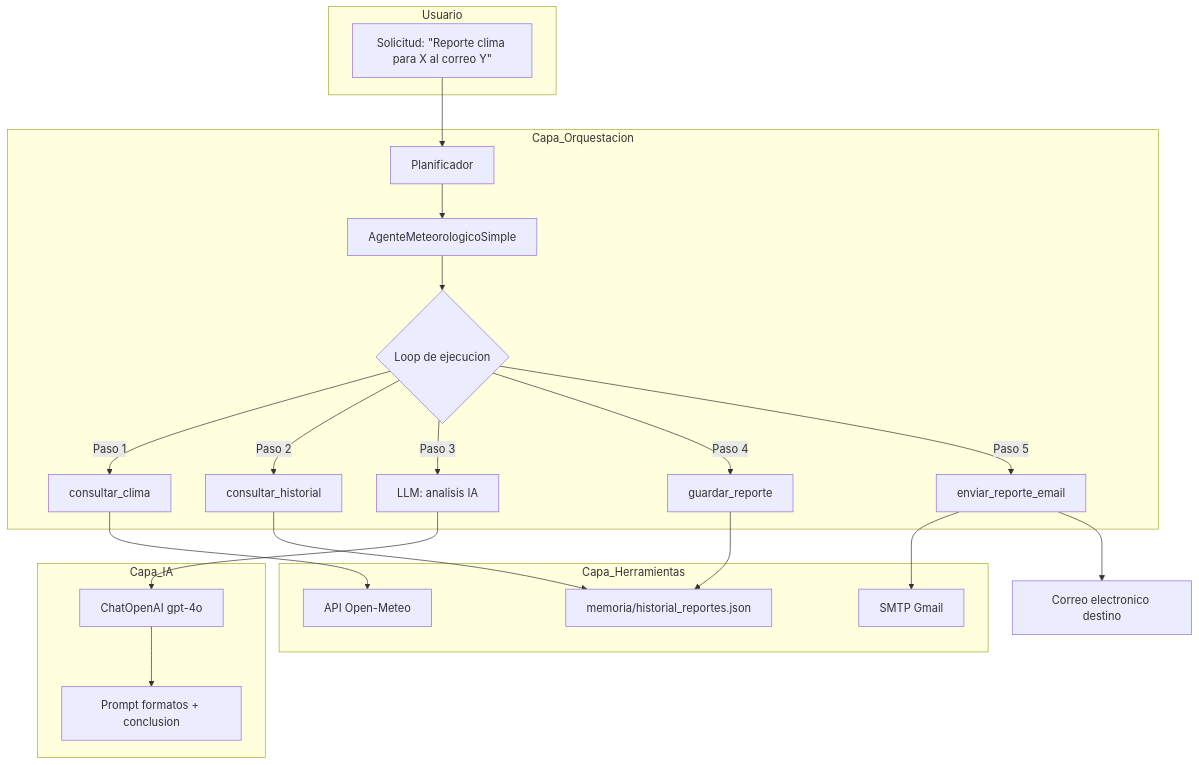
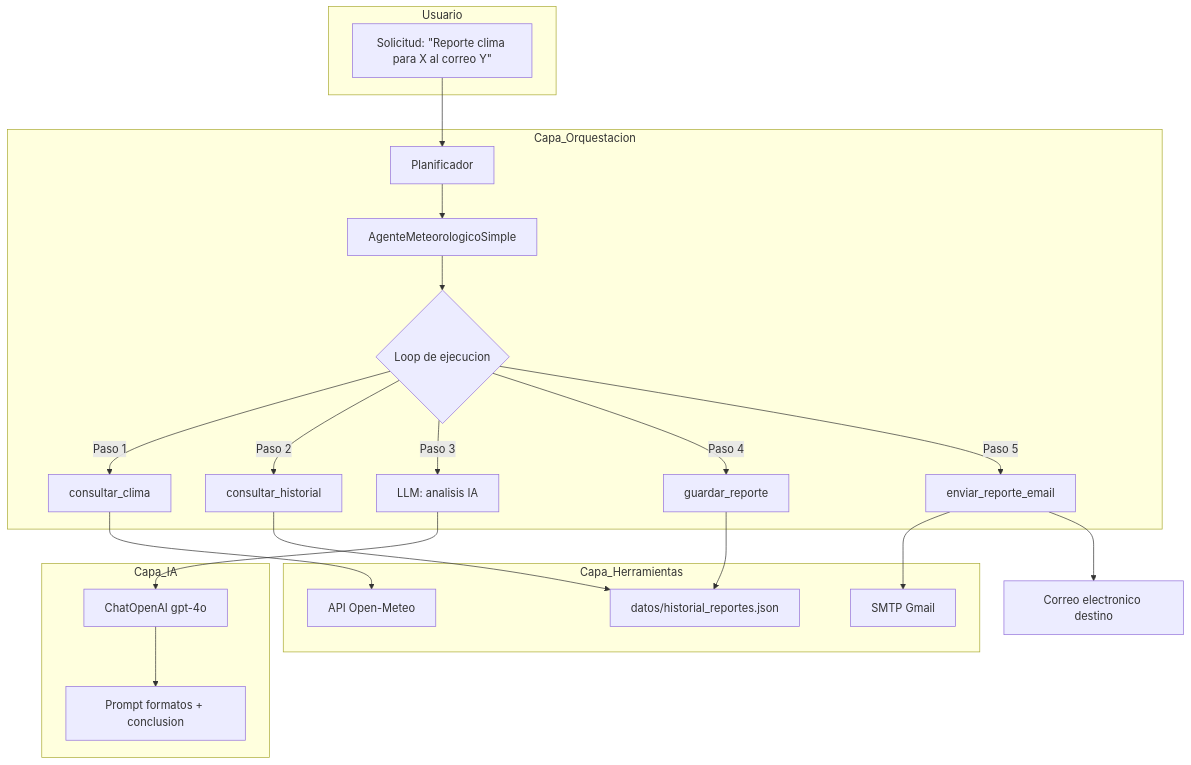
Before and after one commit to yountek14/Agente-Clima: the diagram in README.md, drawn with Mermaid. The commit also changed other lines of this file and 44 other files, not shown here.

````diff
--- a/README.md
+++ b/README.md
@@ -9,31 +9,31 @@
 ```mermaid
 graph TB
     subgraph Usuario
         A[Solicitud: &quot;Reporte clima para X al correo Y&quot;]
     end
 
     subgraph Capa_Orquestacion
         B[Planificador] --> C[AgenteMeteorologicoSimple]
         C --> D{Loop de ejecucion}
         D -->|Paso 1| E[consultar_clima]
         D -->|Paso 2| F[consultar_historial]
         D -->|Paso 3| G[LLM: analisis IA]
         D -->|Paso 4| H[guardar_reporte]
         D -->|Paso 5| I[enviar_reporte_email]
     end
 
     subgraph Capa_Herramientas
         E --> J[API Open-Meteo]
-        F --> K[memoria/historial_reportes.json]
+        F --> K[datos/historial_reportes.json]
         H --> K
         I --> L[SMTP Gmail]
     end
 
     subgraph Capa_IA
         G --> M[ChatOpenAI gpt-4o]
         M --> N[Prompt formatos + conclusion]
     end
 
     A --> B
     I --> O[Correo electronico destino]
 ```
````
